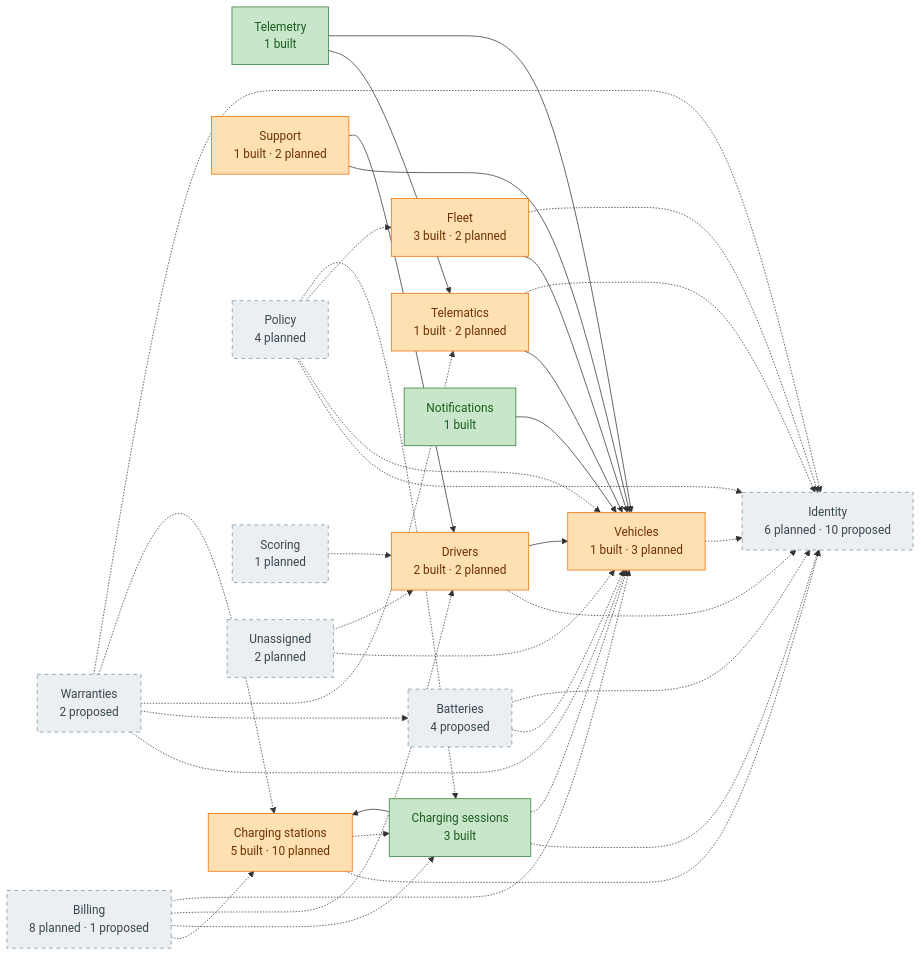
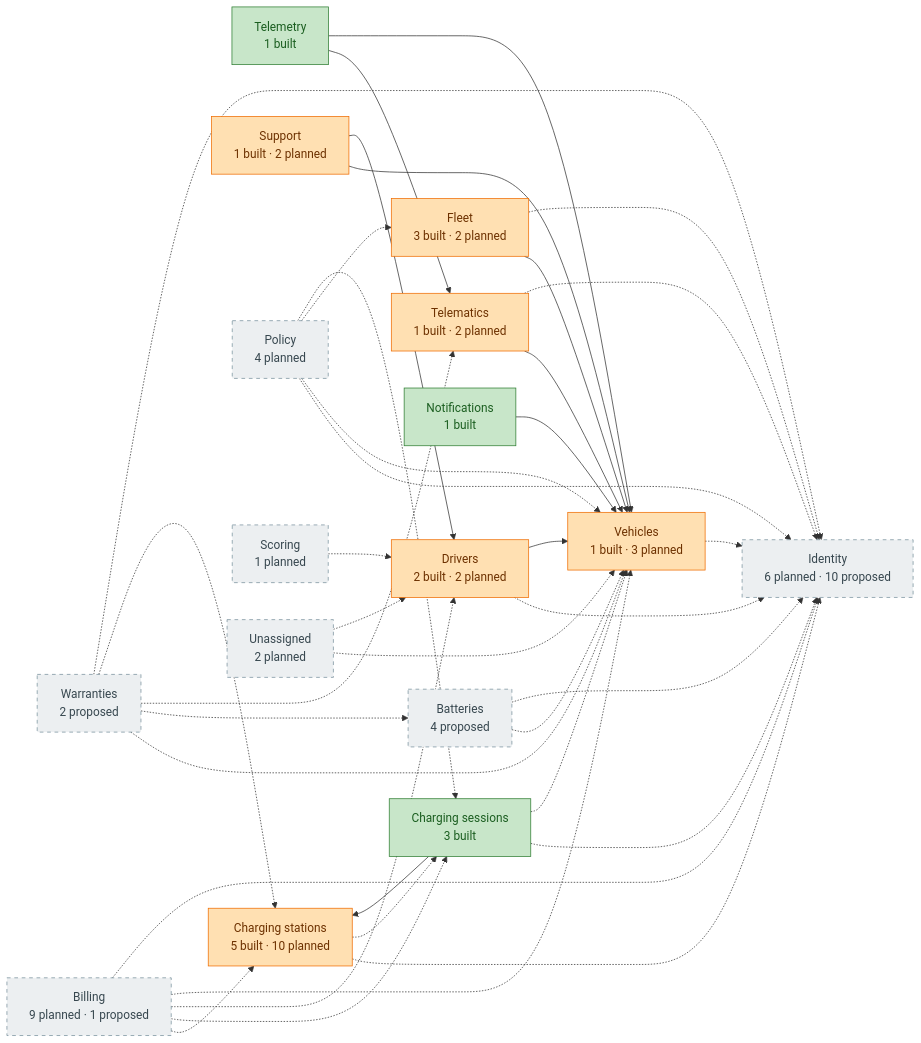
Before and after one commit to yolo-coccoc/G3Network-app: the diagram in docs/design/domain-model/overview.md, drawn with Mermaid. The commit also changed other lines of this file and 6 other files, not shown here.

````diff
--- a/docs/design/domain-model/overview.md
+++ b/docs/design/domain-model/overview.md
@@ -28,57 +28,58 @@
 ```mermaid
 flowchart LR
   identity["Identity<br/>6 planned · 10 proposed"]:::planned
   vehicles["Vehicles<br/>1 built · 3 planned"]:::partial
   batteries["Batteries<br/>4 proposed"]:::planned
   warranties["Warranties<br/>2 proposed"]:::planned
   telematics["Telematics<br/>1 built · 2 planned"]:::partial
   telemetry["Telemetry<br/>1 built"]:::built
   drivers["Drivers<br/>2 built · 2 planned"]:::partial
   fleet["Fleet<br/>3 built · 2 planned"]:::partial
   charging_stations["Charging stations<br/>5 built · 10 planned"]:::partial
   charging_sessions["Charging sessions<br/>3 built"]:::built
   notifications["Notifications<br/>1 built"]:::built
   support["Support<br/>1 built · 2 planned"]:::partial
   policy["Policy<br/>4 planned"]:::planned
-  billing["Billing<br/>8 planned · 1 proposed"]:::planned
+  billing["Billing<br/>9 planned · 1 proposed"]:::planned
   scoring["Scoring<br/>1 planned"]:::planned
   unassigned["Unassigned<br/>2 planned"]:::planned
   batteries -.-> vehicles
   warranties -.-> vehicles
   warranties -.-> batteries
   warranties -.-> telematics
   warranties -.-> charging_stations
   telematics --> vehicles
   telemetry --> telematics
   telemetry --> vehicles
   drivers -.-> identity
   drivers --> vehicles
   fleet --> vehicles
   fleet -.-> identity
   charging_stations -.-> identity
   charging_stations -.-> charging_sessions
   charging_sessions --> charging_stations
   charging_sessions -.-> identity
   charging_sessions -.-> vehicles
   notifications --> vehicles
   support --> vehicles
   support --> drivers
   policy -.-> identity
   policy -.-> vehicles
   policy -.-> fleet
   policy -.-> charging_sessions
   billing -.-> charging_stations
   billing -.-> charging_sessions
   billing -.-> drivers
   billing -.-> vehicles
   scoring -.-> drivers
   unassigned -.-> vehicles
   unassigned -.-> drivers
   vehicles -.-> identity
   batteries -.-> identity
   warranties -.-> identity
   telematics -.-> identity
+  billing -.-> identity
   classDef built fill:#C8E6C9,stroke:#2E7D32,color:#1B5E20
   classDef partial fill:#FFE0B2,stroke:#EF6C00,color:#6D3100
   classDef planned fill:#ECEFF1,stroke:#78909C,color:#37474F,stroke-dasharray:5 5
 ```
````
